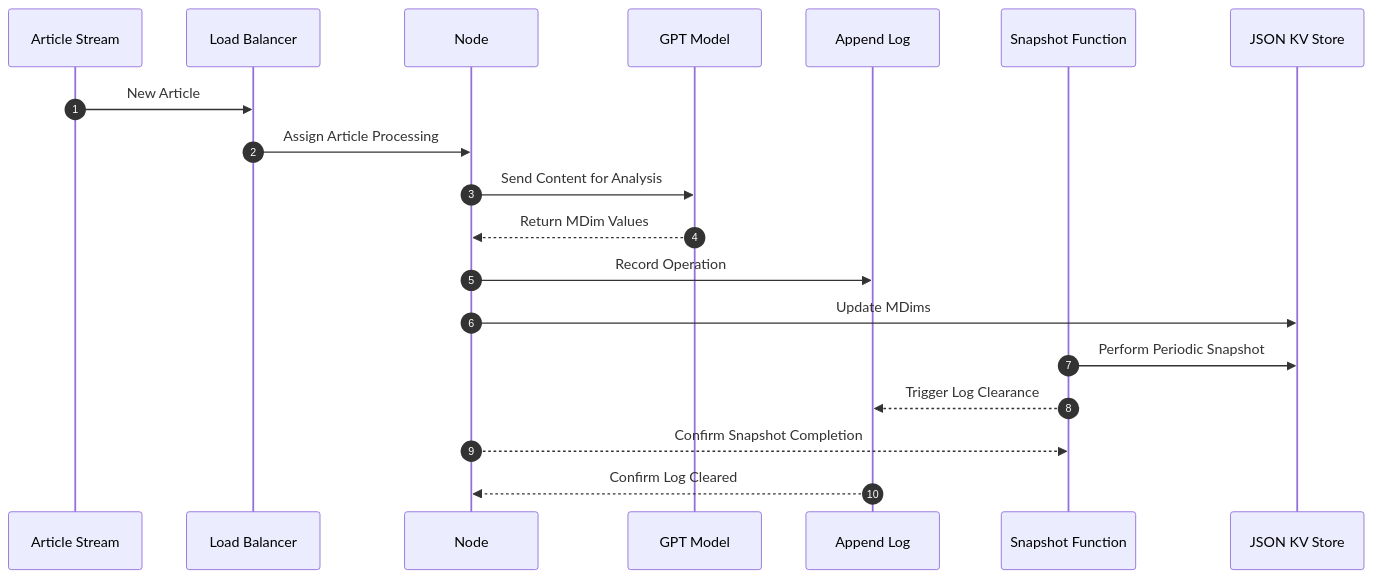
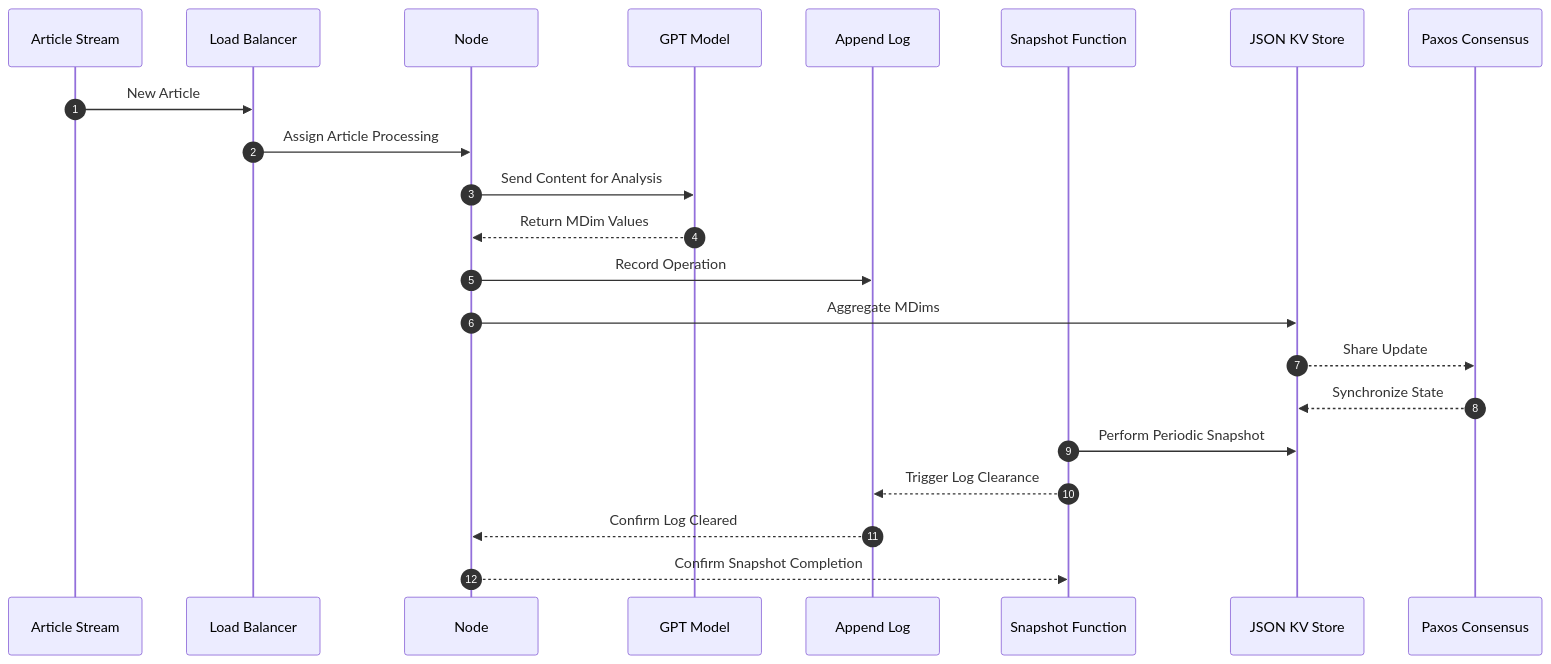
One commit to L0Lmaker/DistributedSemanticAnalysis changed the second of 2 diagrams in README.md. Above: the diagram before and after it, drawn with Mermaid. The commit also changed other lines of this file, not shown here.

````diff
--- a/README.md
+++ b/README.md
@@ -57,21 +73,24 @@
 ```mermaid
 sequenceDiagram
     autonumber
     participant A as Article Stream
     participant LB as Load Balancer
     participant N as Node
     participant G as GPT Model
     participant L as Append Log
     participant S as Snapshot Function
     participant J as JSON KV Store
+    participant P as Paxos Consensus
     A ->> LB: New Article
     LB ->> N: Assign Article Processing
     N ->> G: Send Content for Analysis
     G -->> N: Return MDim Values
     N ->> L: Record Operation
-    N ->> J: Update MDims
+    N ->> J: Aggregate MDims
+    J -->> P: Share Update
+    P -->> J: Synchronize State
     S ->> J: Perform Periodic Snapshot
     S -->> L: Trigger Log Clearance
+    L -->> N: Confirm Log Cleared
     N -->> S: Confirm Snapshot Completion
-    L -->> N: Confirm Log Cleared
 ```
````
